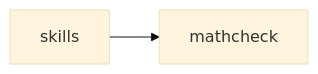
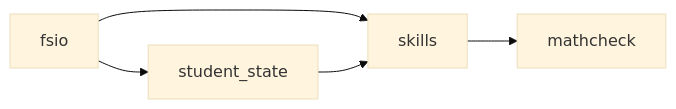
Before and after one commit to connormachado/tutorAI: the first of 2 diagrams in diagrams/AS-BUILT.md, drawn with Mermaid (base theme). The commit also changed other lines of this file and 6 other files, not shown here.

First line of the commit message:
Add R-14 student state with a consent-gated fsio store (rebuild of 4c7a1af)

````diff
--- a/diagrams/AS-BUILT.md
+++ b/diagrams/AS-BUILT.md
@@ -7,6 +7,11 @@
 ```mermaid
 flowchart LR
+fsio[fsio]
 mathcheck[mathcheck]
 skills[skills]
+student_state[student_state]
+fsio --> skills
+fsio --> student_state
 skills --> mathcheck
+student_state --> skills
 ```
````
